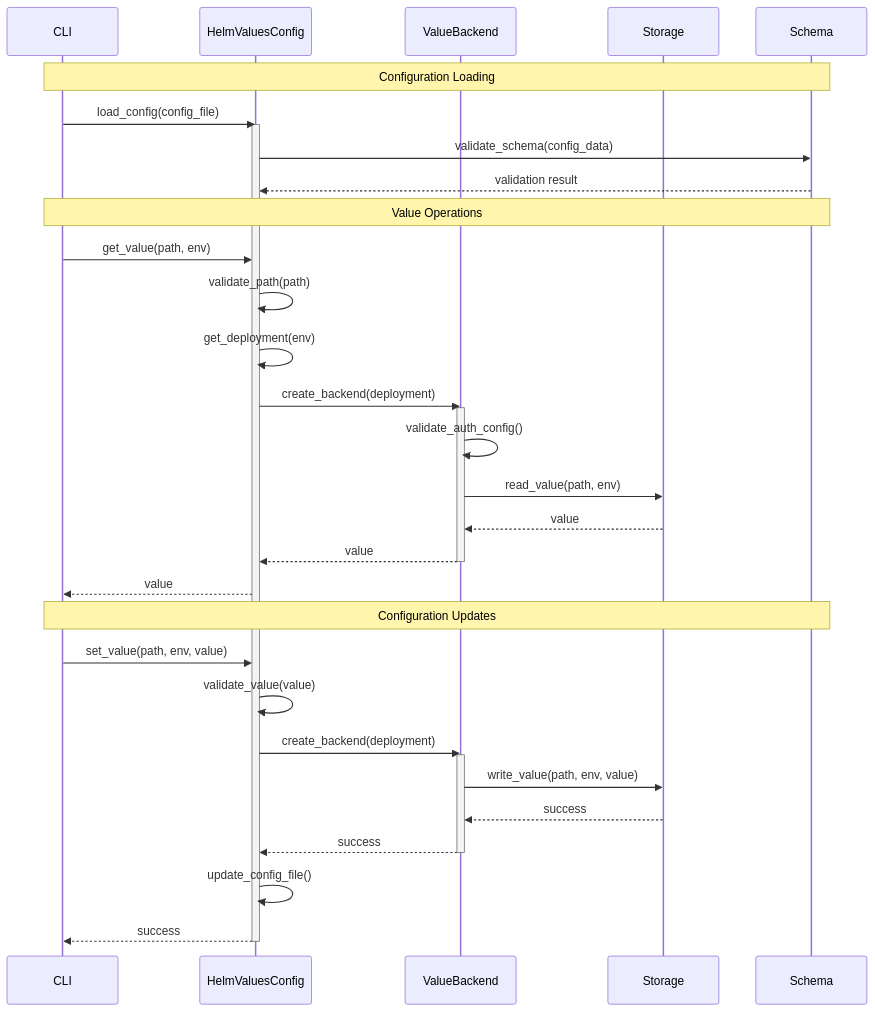
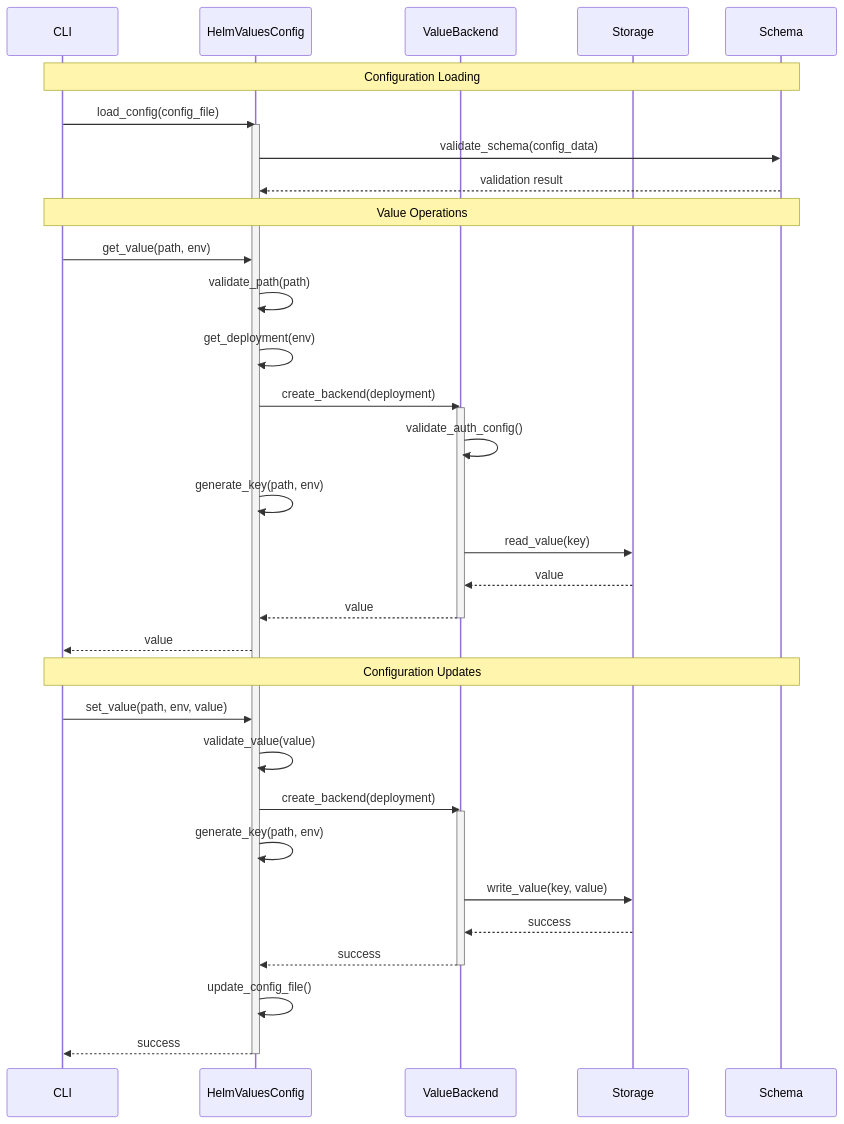
Before and after one commit to Zipstack/helm-values-manager: the third of 3 diagrams in docs/Design/low-level-design.md, drawn with Mermaid. The commit also changed other lines of this file and 10 other files, not shown here.

First line of the commit message:
feat: implement value storage backend system

````diff
--- a/docs/Design/low-level-design.md
+++ b/docs/Design/low-level-design.md
@@ -82,41 +128,43 @@
 ```mermaid
 sequenceDiagram
     participant CLI
     participant HelmValuesConfig
     participant ValueBackend
     participant Storage
     participant Schema
 
     Note over CLI,Schema: Configuration Loading
     CLI->>HelmValuesConfig: load_config(config_file)
     activate HelmValuesConfig
     HelmValuesConfig->>Schema: validate_schema(config_data)
     Schema-->>HelmValuesConfig: validation result
 
     Note over CLI,Schema: Value Operations
     CLI->>HelmValuesConfig: get_value(path, env)
     HelmValuesConfig->>HelmValuesConfig: validate_path(path)
     HelmValuesConfig->>HelmValuesConfig: get_deployment(env)
     HelmValuesConfig->>ValueBackend: create_backend(deployment)
     activate ValueBackend
     ValueBackend->>ValueBackend: validate_auth_config()
-    ValueBackend->>Storage: read_value(path, env)
+    HelmValuesConfig->>HelmValuesConfig: generate_key(path, env)
+    ValueBackend->>Storage: read_value(key)
     Storage-->>ValueBackend: value
     ValueBackend-->>HelmValuesConfig: value
     deactivate ValueBackend
     HelmValuesConfig-->>CLI: value
 
     Note over CLI,Schema: Configuration Updates
     CLI->>HelmValuesConfig: set_value(path, env, value)
     HelmValuesConfig->>HelmValuesConfig: validate_value(value)
     HelmValuesConfig->>ValueBackend: create_backend(deployment)
     activate ValueBackend
-    ValueBackend->>Storage: write_value(path, env, value)
+    HelmValuesConfig->>HelmValuesConfig: generate_key(path, env)
+    ValueBackend->>Storage: write_value(key, value)
     Storage-->>ValueBackend: success
     ValueBackend-->>HelmValuesConfig: success
     deactivate ValueBackend
     HelmValuesConfig->>HelmValuesConfig: update_config_file()
     HelmValuesConfig-->>CLI: success
 
     deactivate HelmValuesConfig
 ```
````
